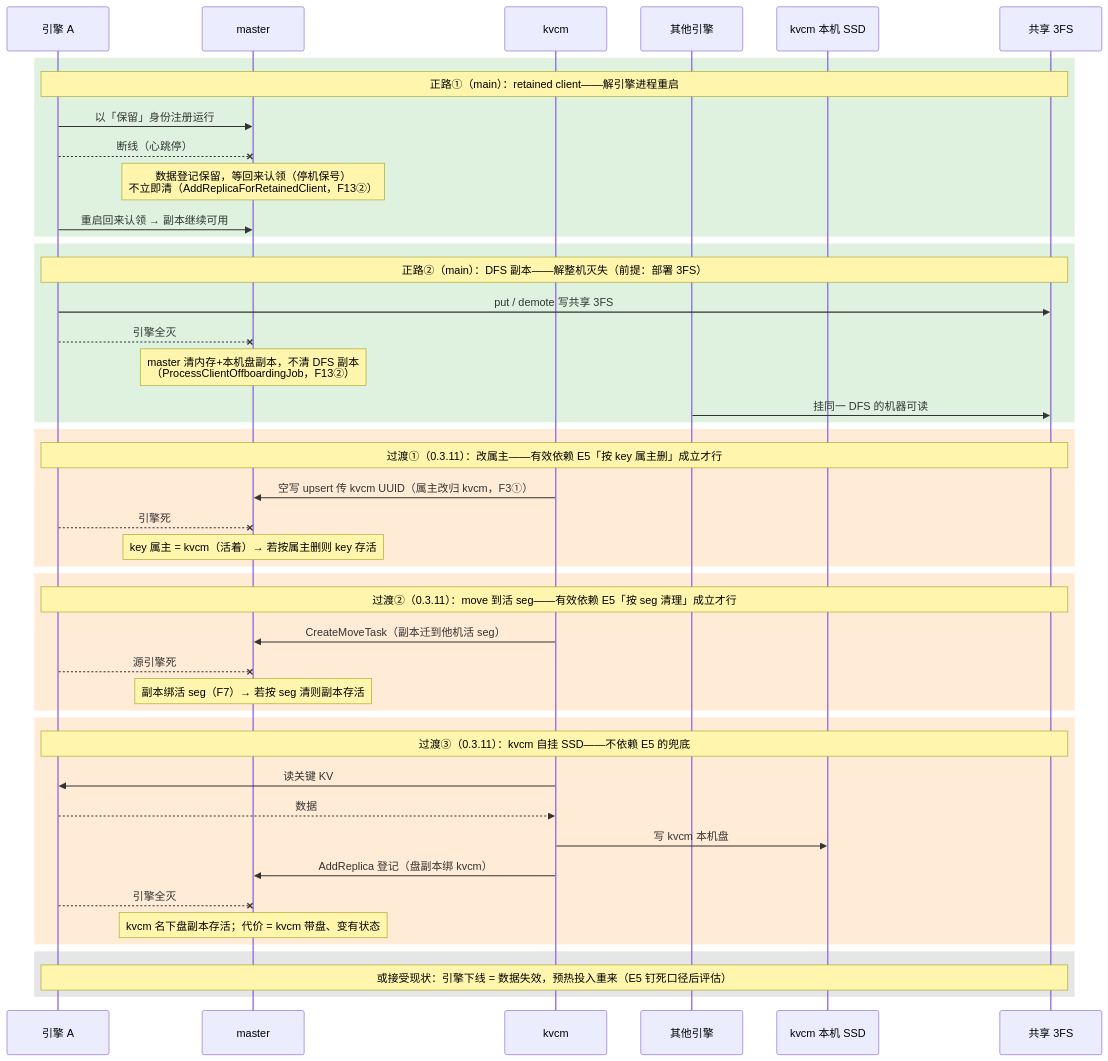
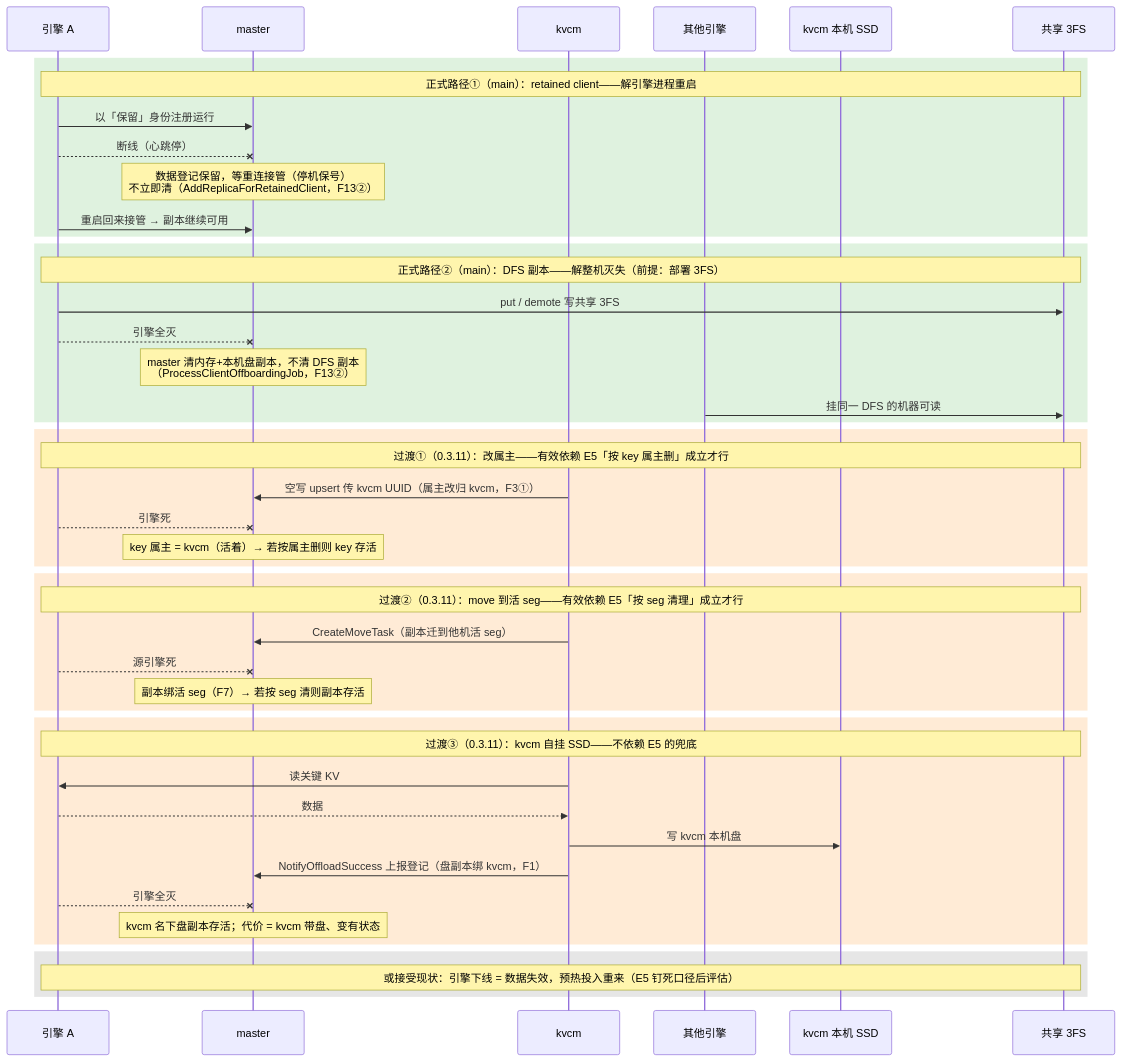
The eighth of 10 diagrams in kvcm/D2-kv-operations.md (5x8-40/lake), drawn with Mermaid before and after one commit. The commit also changed other lines of this file and 2 other files, not shown here.

First line of the commit message:
docs(kvcm): 八项操作机制查缺补漏 + mooncake 控制面/管理面全景 (#59)

````diff
--- a/kvcm/D2-kv-operations.md
+++ b/kvcm/D2-kv-operations.md
@@ -538,53 +573,53 @@
 ```mermaid
 sequenceDiagram
     participant E as 引擎 A
     participant M as master
     participant K as kvcm
     participant B as 其他引擎
     participant KS as kvcm 本机 SSD
     participant DFS as 共享 3FS
 
     rect rgb(223, 242, 223)
-    Note over E,DFS: 正路①（main）：retained client——解引擎进程重启
+    Note over E,DFS: 正式路径①（main）：retained client——解引擎进程重启
     E->>M: 以「保留」身份注册运行
     E--xM: 断线（心跳停）
-    Note over M: 数据登记保留，等回来认领（停机保号）<br/>不立即清（AddReplicaForRetainedClient，F13②）
-    E->>M: 重启回来认领 → 副本继续可用
+    Note over M: 数据登记保留，等重连接管（停机保号）<br/>不立即清（AddReplicaForRetainedClient，F13②）
+    E->>M: 重启回来接管 → 副本继续可用
     end
 
     rect rgb(223, 242, 223)
-    Note over E,DFS: 正路②（main）：DFS 副本——解整机灭失（前提：部署 3FS）
+    Note over E,DFS: 正式路径②（main）：DFS 副本——解整机灭失（前提：部署 3FS）
     E->>DFS: put / demote 写共享 3FS
     E--xM: 引擎全灭
     Note over M: master 清内存+本机盘副本，不清 DFS 副本<br/>（ProcessClientOffboardingJob，F13②）
     B->>DFS: 挂同一 DFS 的机器可读
     end
 
     rect rgb(255, 235, 214)
     Note over E,DFS: 过渡①（0.3.11）：改属主——有效依赖 E5「按 key 属主删」成立才行
     K->>M: 空写 upsert 传 kvcm UUID（属主改归 kvcm，F3①）
     E--xM: 引擎死
     Note over M: key 属主 = kvcm（活着）→ 若按属主删则 key 存活
     end
 
     rect rgb(255, 235, 214)
     Note over E,DFS: 过渡②（0.3.11）：move 到活 seg——有效依赖 E5「按 seg 清理」成立才行
     K->>M: CreateMoveTask（副本迁到他机活 seg）
     E--xM: 源引擎死
     Note over M: 副本绑活 seg（F7）→ 若按 seg 清则副本存活
     end
 
     rect rgb(255, 235, 214)
     Note over E,DFS: 过渡③（0.3.11）：kvcm 自挂 SSD——不依赖 E5 的兜底
     K->>E: 读关键 KV
     E-->>K: 数据
     K->>KS: 写 kvcm 本机盘
-    K->>M: AddReplica 登记（盘副本绑 kvcm）
+    K->>M: NotifyOffloadSuccess 上报登记（盘副本绑 kvcm，F1）
     E--xM: 引擎全灭
     Note over M: kvcm 名下盘副本存活；代价 = kvcm 带盘、变有状态
     end
 
     rect rgb(230, 230, 230)
     Note over E,DFS: 或接受现状：引擎下线 = 数据失效，预热投入重来（E5 钉死口径后评估）
     end
 ```
````
